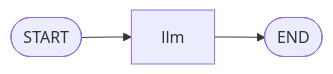
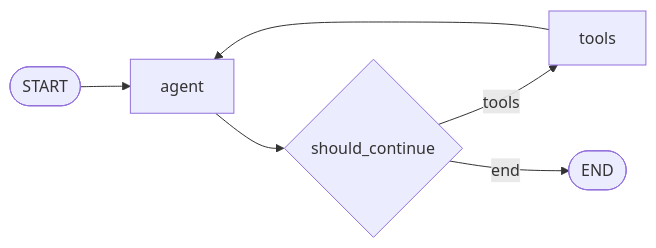
The first of 2 diagrams in week06/day06.md (g-dxw/myAIAgentLearning), drawn with Mermaid before and after one commit. The commit also changed other lines of this file and 23 other files, not shown here.

````diff
--- a/week06/day06.md
+++ b/week06/day06.md
@@ -347,5 +511,8 @@
 ```mermaid
 graph LR
-    START([START]) --> llm[llm]
-    llm --> END([END])
+    START([START]) --> agent[agent]
+    agent --> should_continue{should_continue}
+    should_continue -- "tools" --> tools[tools]
+    tools --> agent
+    should_continue -- "end" --> END([END])
 ```
````
